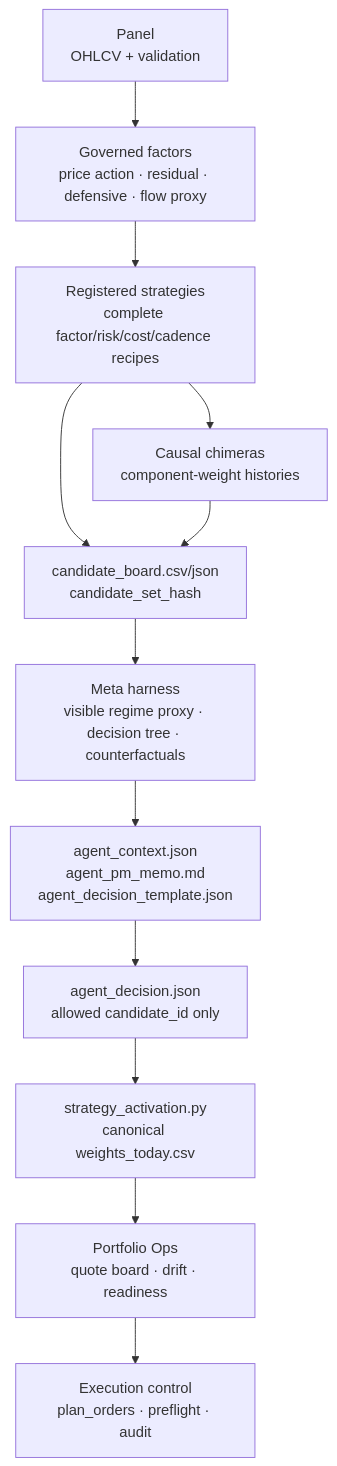
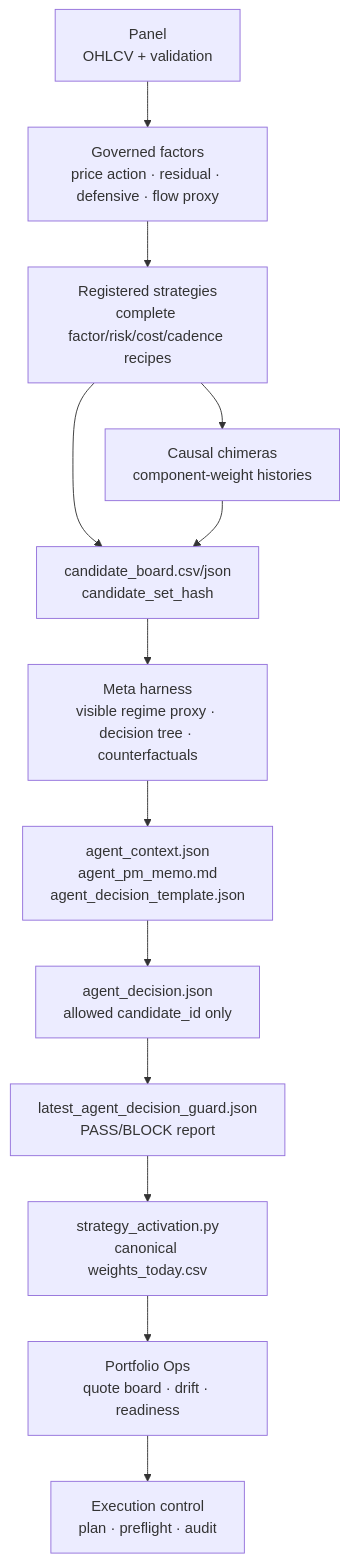
One commit to Svyable/Svyable_Strategies changed the second of 5 diagrams in docs/agentic_operating_model.md. Above: the diagram before and after it, drawn with Mermaid. The commit also changed other lines of this file, not shown here.

Commit message:
docs(agent): include decision guard in operating contract

````diff
--- a/docs/agentic_operating_model.md
+++ b/docs/agentic_operating_model.md
@@ -39,18 +39,19 @@
 ```mermaid
 flowchart TB
     PANEL["Panel\nOHLCV + validation"]
     FACTORS["Governed factors\nprice action · residual · defensive · flow proxy"]
     STRATEGIES["Registered strategies\ncomplete factor/risk/cost/cadence recipes"]
     CHIMERAS["Causal chimeras\ncomponent-weight histories"]
     BOARD["candidate_board.csv/json\ncandidate_set_hash"]
     META["Meta harness\nvisible regime proxy · decision tree · counterfactuals"]
     CONTEXT["agent_context.json\nagent_pm_memo.md\nagent_decision_template.json"]
     DECISION["agent_decision.json\nallowed candidate_id only"]
+    GUARD["latest_agent_decision_guard.json\nPASS/BLOCK report"]
     ACTIVATION["strategy_activation.py\ncanonical weights_today.csv"]
     OPS["Portfolio Ops\nquote board · drift · readiness"]
-    ORDERS["Execution control\nplan_orders · preflight · audit"]
+    PLAN["Execution control\nplan · preflight · audit"]
 
     PANEL --> FACTORS --> STRATEGIES --> BOARD
     STRATEGIES --> CHIMERAS --> BOARD
-    BOARD --> META --> CONTEXT --> DECISION --> ACTIVATION --> OPS --> ORDERS
+    BOARD --> META --> CONTEXT --> DECISION --> GUARD --> ACTIVATION --> OPS --> PLAN
 ```
````
